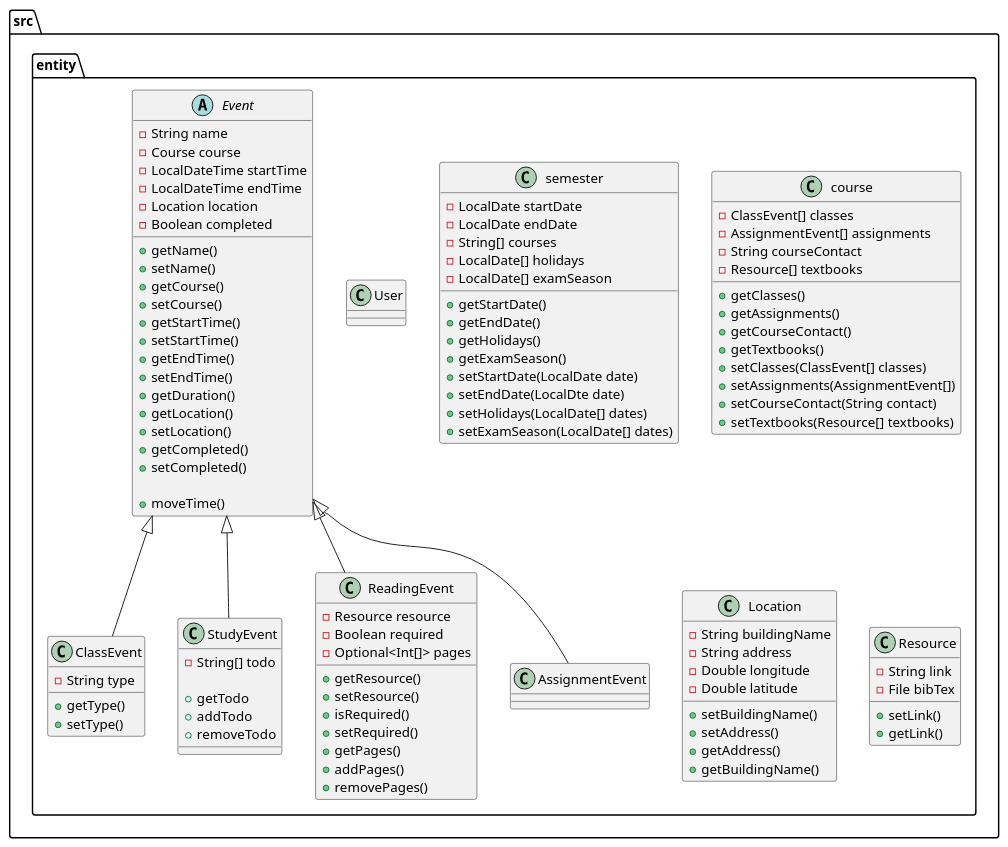
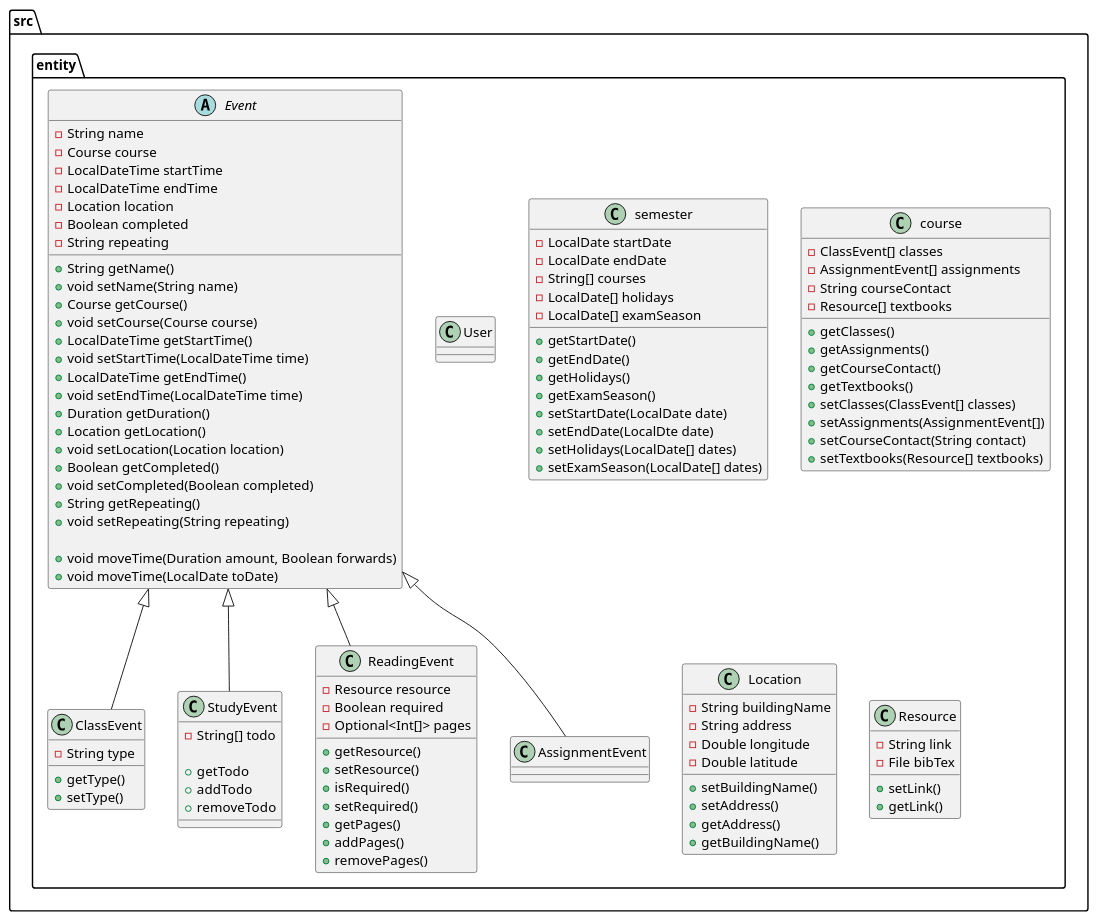
The diagram in DESIGN.puml (Rafiah-n/AcademiCal), drawn with PlantUML before and after one commit.

Commit message:
Updated Event in DESIGN.puml

```diff
--- a/DESIGN.puml
+++ b/DESIGN.puml
@@ -1,127 +1,133 @@
 @startuml
 
 folder src {
 
     folder entity {
 
         abstract Event {
             - String name
             - Course course
             - LocalDateTime startTime
             - LocalDateTime endTime
             - Location location
             - Boolean completed
+            - String repeating  /' weekly, monthly, daily, biweekly... '/
+                                /' could probably use a better type than String '/
 
-            + getName()
-            + setName()
-            + getCourse()
-            + setCourse()
-            + getStartTime()
-            + setStartTime()
-            + getEndTime()
-            + setEndTime()
-            + getDuration()
-            + getLocation()
-            + setLocation()
-            + getCompleted()
-            + setCompleted()
+            + String getName()
+            + void setName(String name)
+            + Course getCourse()
+            + void setCourse(Course course)
+            + LocalDateTime getStartTime()
+            + void setStartTime(LocalDateTime time)
+            + LocalDateTime getEndTime()
+            + void setEndTime(LocalDateTime time)
+            + Duration getDuration()
+            + Location getLocation()
+            + void setLocation(Location location)
+            + Boolean getCompleted()
+            + void setCompleted(Boolean completed)
+            + String getRepeating()
+            + void setRepeating(String repeating)
 
-            + moveTime()  /' Moves start and end times in unison '/
+            ' Moves start and end times in unison
+            + void moveTime(Duration amount, Boolean forwards)
+            + void moveTime(LocalDate toDate)
         }
 
         class ClassEvent extends Event {
             - String type
 
             + getType()
             + setType()
         }
 
         class StudyEvent extends Event {
             - String[] todo
 
             + getTodo
             + addTodo
             + removeTodo
         }
 
         class ReadingEvent extends Event {
             - Resource resource
             - Boolean required
             - Optional<Int[]> pages
 
             + getResource()
             + setResource()
             + isRequired()
             + setRequired()
             + getPages()
             + addPages()
             + removePages()
         }
 
         class AssignmentEvent extends Event {
 
         }
 
         class User {
             ' Unimplemented for now
         }
 
         class semester{
             - LocalDate startDate
             - LocalDate endDate
             - String[] courses
             - LocalDate[] holidays
             - LocalDate[] examSeason
 
             + getStartDate()
             + getEndDate()
             + getHolidays()
             + getExamSeason()
             + setStartDate(LocalDate date)
             + setEndDate(LocalDte date)
             + setHolidays(LocalDate[] dates)
             + setExamSeason(LocalDate[] dates)
         }
 
         class course {
             - ClassEvent[] classes
             - AssignmentEvent[] assignments
             - String courseContact
             - Resource[] textbooks
 
             + getClasses()
             + getAssignments()
             + getCourseContact()
             + getTextbooks()
             + setClasses(ClassEvent[] classes)
             + setAssignments(AssignmentEvent[])
             + setCourseContact(String contact)
             + setTextbooks(Resource[] textbooks)
         }
 
         class Location{
             - String buildingName
             - String address
             - Double longitude
             - Double latitude
 
             + setBuildingName()
             + setAddress()
             + getAddress()
             + getBuildingName()
         }
 
         class Resource{
             - String link
             - File bibTex
 
             + setLink()
             + getLink()
         }
 
     }  /' folder entity '/
 
 
 }  /' folder src '/
 
 @enduml
```
